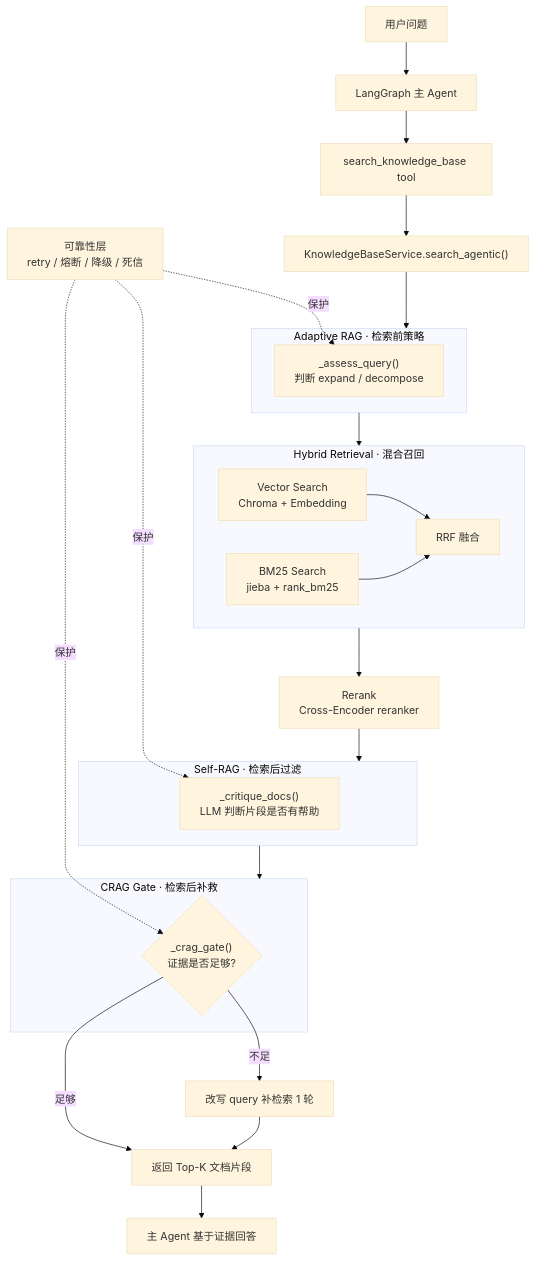
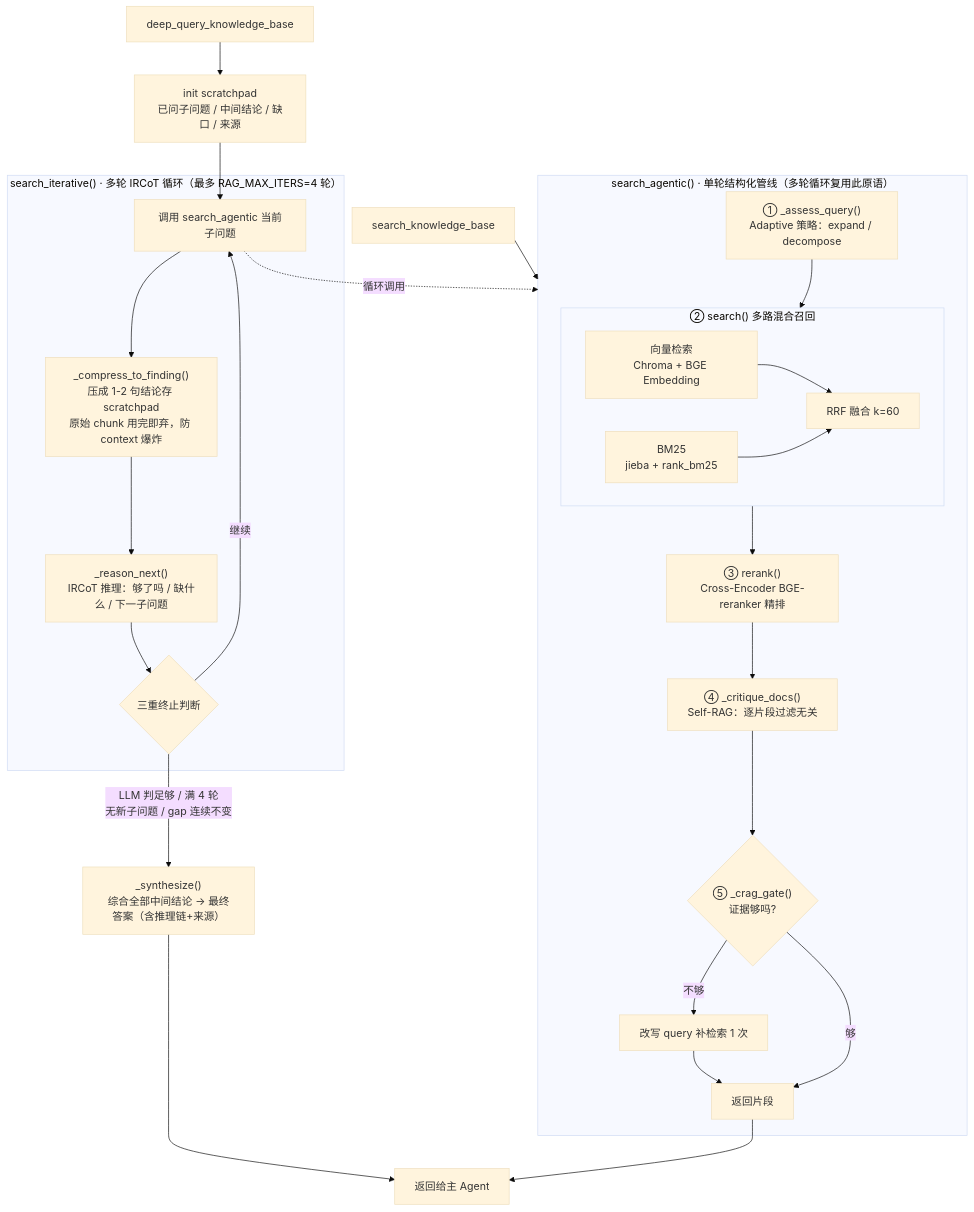
One commit to Imzhou-tju/Agent-MVP changed the second of 3 diagrams in docs/RAG_README.md. Above: the diagram before and after it, drawn with Mermaid (base theme). The commit also changed other lines of this file, not shown here.

Commit message:
docs(rag): 更新架构图为三层结构
- 2.1 智能入口层：三类分流（直接回答 / 单点快查 / 多跳深挖）
- 2.2 检索执行层：多轮 IRCoT 循环 + 单轮管线（标注复用关系）
- 2.3 横切支撑层：可靠性层覆盖 6 个 LLM 决策点 + 离线索引
- 3 张 Mermaid 图均经 mmdc 编译验证

````diff
--- a/docs/RAG_README.md
+++ b/docs/RAG_README.md
@@ -21,46 +54,34 @@
 ```mermaid
 flowchart TD
-    U[用户问题] --> AG[LangGraph 主 Agent]
-    AG --> TOOL["search_knowledge_base tool"]
-    TOOL --> SVC["KnowledgeBaseService.search_agentic()"]
+    T2["deep_query_knowledge_base"] --> INIT["init scratchpad<br/>已问子问题 / 中间结论 / 缺口 / 来源"]
+    INIT --> CALL
 
-    SVC --> ADAPT
-
-    subgraph ADAPT["Adaptive RAG · 检索前策略"]
-        AS["_assess_query()<br/>判断 expand / decompose"]
+    subgraph ITER["search_iterative() · 多轮 IRCoT 循环（最多 RAG_MAX_ITERS=4 轮）"]
+        CALL["调用 search_agentic 当前子问题"] --> COMPRESS["_compress_to_finding()<br/>压成 1-2 句结论存 scratchpad<br/>原始 chunk 用完即弃，防 context 爆炸"]
+        COMPRESS --> REASON["_reason_next()<br/>IRCoT 推理：够了吗 / 缺什么 / 下一子问题"]
+        REASON --> STOP{"三重终止判断"}
+        STOP -->|"继续"| CALL
     end
 
-    ADAPT --> RET
+    STOP -->|"LLM 判足够 / 满 4 轮<br/>无新子问题 / gap 连续不变"| SYNTH["_synthesize()<br/>综合全部中间结论 → 最终答案（含推理链+来源）"]
 
-    subgraph RET["Hybrid Retrieval · 混合召回"]
-        VEC["Vector Search<br/>Chroma + Embedding"]
-        BM["BM25 Search<br/>jieba + rank_bm25"]
-        VEC --> RRF["RRF 融合"]
-        BM --> RRF
+    T1["search_knowledge_base"] --> AGENTIC
+
+    subgraph AGENTIC["search_agentic() · 单轮结构化管线（多轮循环复用此原语）"]
+        A1["① _assess_query()<br/>Adaptive 策略：expand / decompose"] --> RET
+        subgraph RET["② search() 多路混合召回"]
+            VEC["向量检索<br/>Chroma + BGE Embedding"] --> RRF["RRF 融合 k=60"]
+            BM["BM25<br/>jieba + rank_bm25"] --> RRF
+        end
+        RET --> A3["③ rerank()<br/>Cross-Encoder BGE-reranker 精排"]
+        A3 --> A4["④ _critique_docs()<br/>Self-RAG：逐片段过滤无关"]
+        A4 --> A5{"⑤ _crag_gate()<br/>证据够吗?"}
+        A5 -->|"不够"| AREW["改写 query 补检索 1 次"]
+        AREW --> ARET["返回片段"]
+        A5 -->|"够"| ARET
     end
 
-    RET --> RERANK["Rerank<br/>Cross-Encoder reranker"]
-    RERANK --> SELF
-
-    subgraph SELF["Self-RAG · 检索后过滤"]
-        CR["_critique_docs()<br/>LLM 判断片段是否有帮助"]
-    end
-
-    SELF --> CRAG
-
-    subgraph CRAG["CRAG Gate · 检索后补救"]
-        GATE{"_crag_gate()<br/>证据是否足够?"}
-    end
-
-    GATE -->|足够| OUT["返回 Top-K 文档片段"]
-    GATE -->|不足| REWRITE["改写 query 补检索 1 轮"]
-    REWRITE --> OUT
-
-    OUT --> AG2[主 Agent 基于证据回答]
-
-    %% 可靠性横切：三个 LLM 决策点共用
-    REL["可靠性层<br/>retry / 熔断 / 降级 / 死信"]
-    REL -.保护.-> AS
-    REL -.保护.-> CR
-    REL -.保护.-> GATE
+    CALL -.循环调用.-> AGENTIC
+    SYNTH --> OUT["返回给主 Agent"]
+    ARET --> OUT
 ```
````
